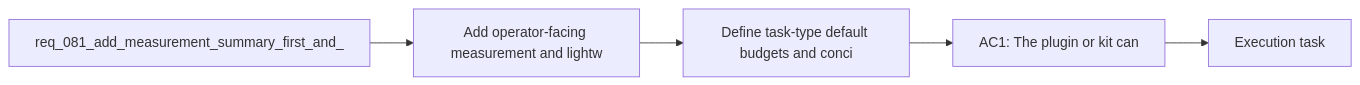
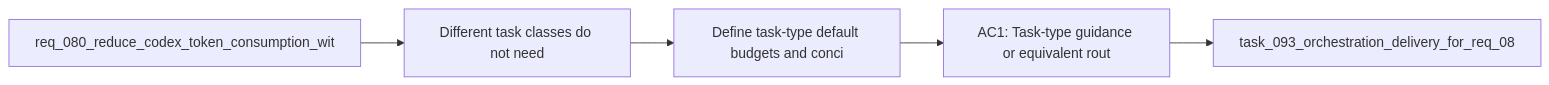
Before and after one commit to AlexAgo83/logics-manager: the diagram in logics/backlog/item_113_define_task_type_default_budgets_and_concise_response_contracts_for_codex_handoffs.md, drawn with Mermaid. The commit also changed 481 other files, not shown here.

````diff
--- a/logics/backlog/item_113_define_task_type_default_budgets_and_concise_response_contracts_for_codex_handoffs.md
+++ b/logics/backlog/item_113_define_task_type_default_budgets_and_concise_response_contracts_for_codex_handoffs.md
@@ -25,9 +25,9 @@
 ```mermaid
 %% logics-kind: backlog
 %% logics-signature: backlog|define-task-type-default-budgets-and-con|req-080-reduce-codex-token-consumption-w|different-task-classes-do-not-need|ac1-task-type-guidance-or-equivalent-rou
 flowchart LR
-    Request[req_081_add_measurement_summary_first_and_] --> Problem[Add operator-facing measurement and lightw]
+    Request[req_080_reduce_codex_token_consumption_wit] --> Problem[Different task classes do not need]
     Problem --> Scope[Define task-type default budgets and conci]
-    Scope --> Acceptance[AC1: The plugin or kit can]
-    Acceptance --> Tasks[Execution task]
+    Scope --> Acceptance[AC1: Task-type guidance or equivalent rout]
+    Acceptance --> Tasks[task_093_orchestration_delivery_for_req_08]
 ```
````
